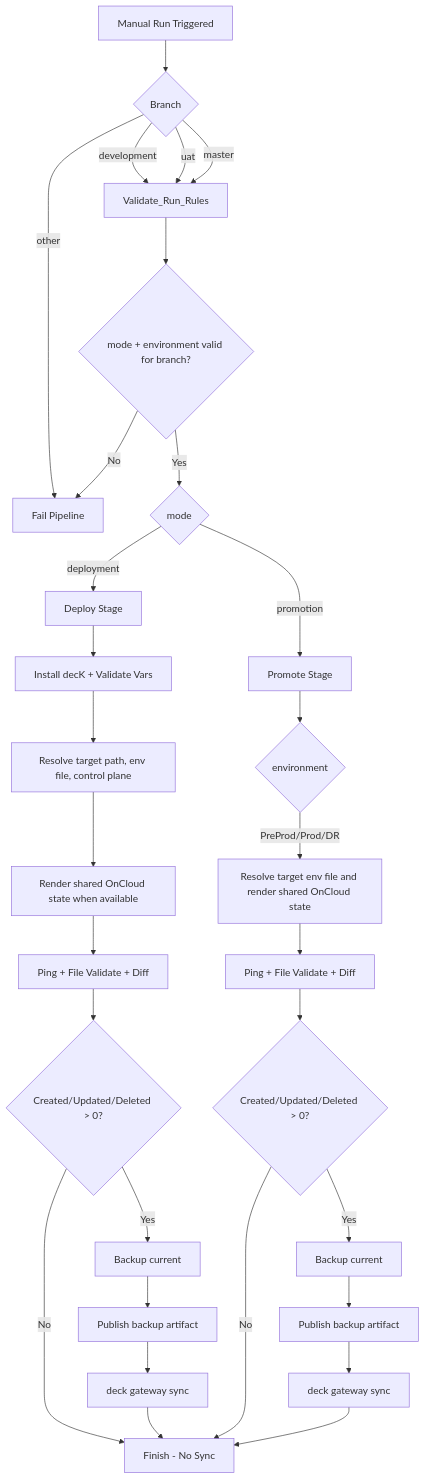
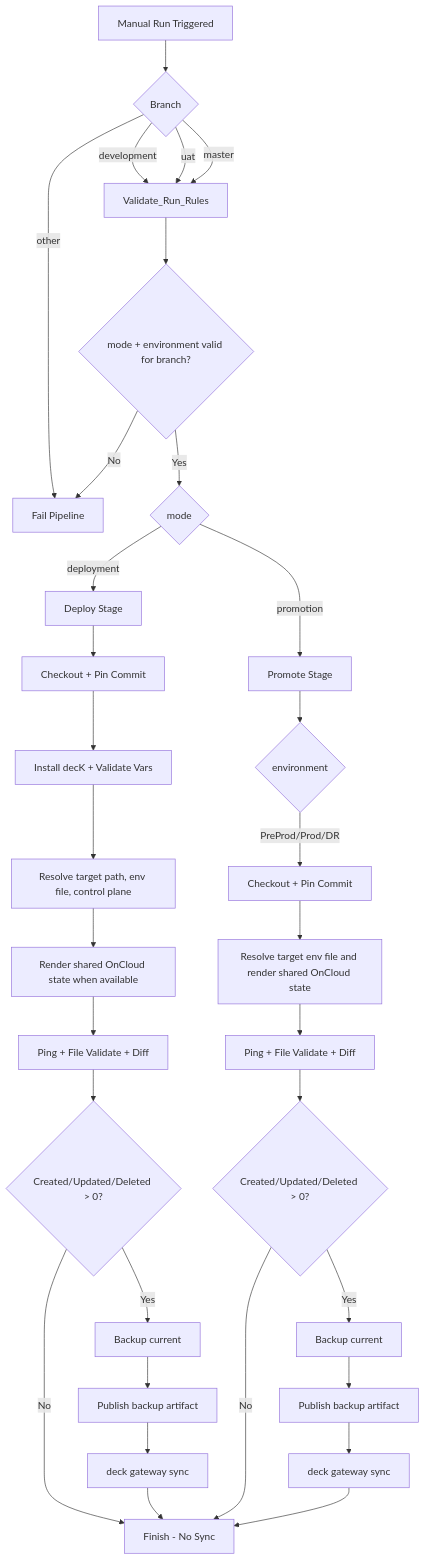
Before and after one commit to ceritakoko-it/Kong-External-OnCloud: the diagram in README.md, drawn with Mermaid. The commit also changed other lines of this file, not shown here.

````diff
--- a/README.md
+++ b/README.md
@@ -151,36 +330,38 @@
 ```mermaid
 flowchart TD
     A[Manual Run Triggered] --> B{Branch}
     B -->|development| C[Validate_Run_Rules]
     B -->|uat| C
     B -->|master| C
     B -->|other| X[Fail Pipeline]
 
     C --> C0{mode + environment valid for branch?}
     C0 -->|No| X
     C0 -->|Yes| D{mode}
 
     D -->|deployment| E[Deploy Stage]
     D -->|promotion| F[Promote Stage]
 
-    E --> E1[Install decK + Validate Vars]
+    E --> E0[Checkout + Pin Commit]
+    E0 --> E1[Install decK + Validate Vars]
     E1 --> E2[Resolve target path, env file, control plane]
     E2 --> E21[Render shared OnCloud state when available]
     E21 --> E3[Ping + File Validate + Diff]
     E3 --> E4{Created/Updated/Deleted > 0?}
     E4 -->|No| Z[Finish - No Sync]
     E4 -->|Yes| E5[Backup current]
     E5 --> E6[Publish backup artifact]
     E6 --> E7[deck gateway sync]
     E7 --> Z
 
     F --> F1{environment}
-    F1 -->|PreProd/Prod/DR| F4[Resolve target env file and render shared OnCloud state]
+    F1 -->|PreProd/Prod/DR| F2[Checkout + Pin Commit]
+    F2 --> F4[Resolve target env file and render shared OnCloud state]
     F4 --> F5[Ping + File Validate + Diff]
     F5 --> F6{Created/Updated/Deleted > 0?}
     F6 -->|No| Z
     F6 -->|Yes| F7[Backup current]
     F7 --> F8[Publish backup artifact]
     F8 --> F9[deck gateway sync]
     F9 --> Z
 ```
````
